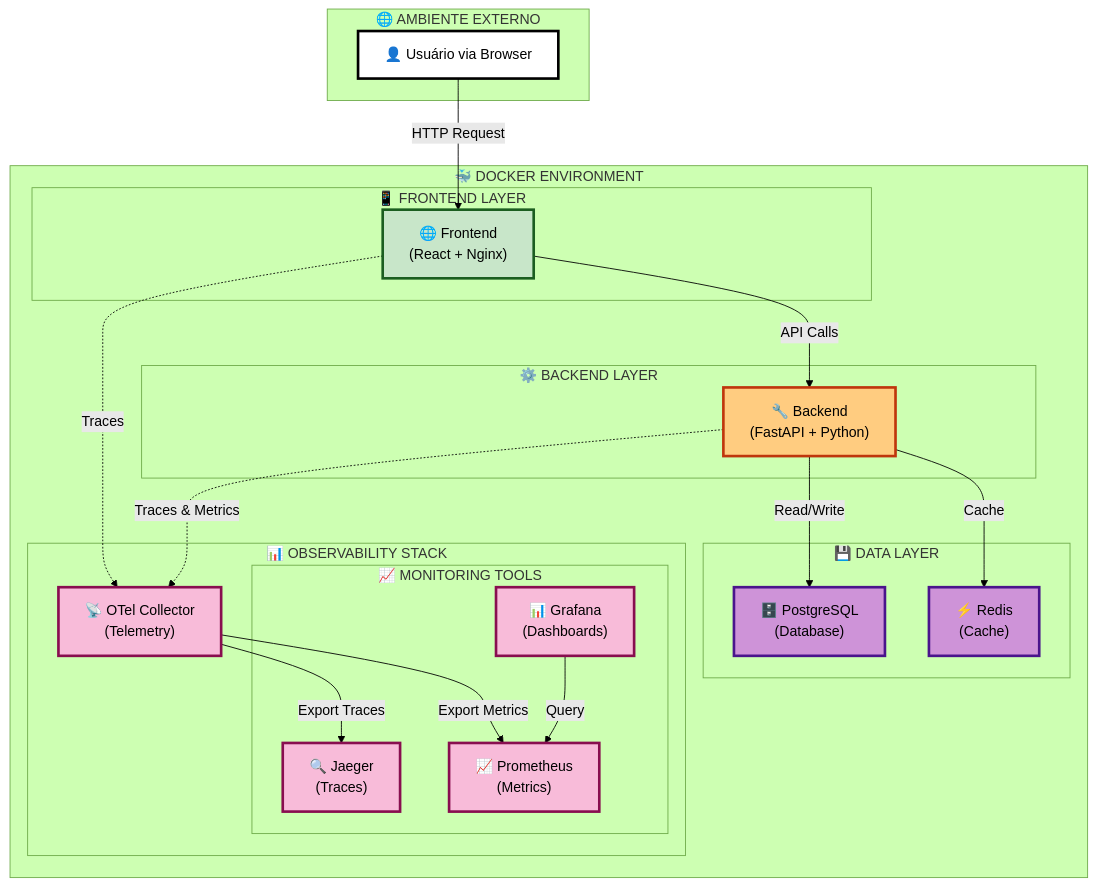
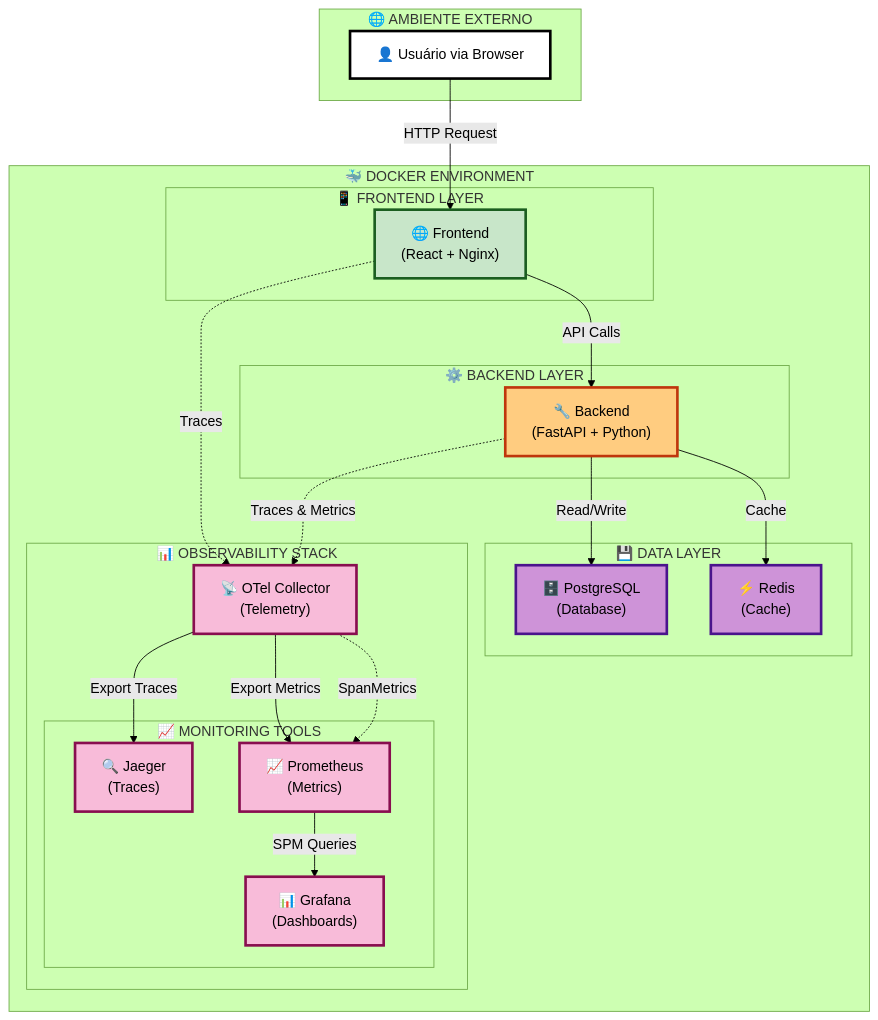
One commit to Tech-Preta/fintelli changed the diagram in README.md. Above: the diagram before and after it, drawn with Mermaid (forest theme). The commit also changed other lines of this file and 11 other files, not shown here.

Commit message:
feat: Implement Service Performance Monitoring (SPM) for Fintelli

````diff
--- a/README.md
+++ b/README.md
@@ -7,59 +7,62 @@
 ```mermaid
 graph TD
     subgraph External["🌐 AMBIENTE EXTERNO"]
         User["👤 Usuário via Browser"]
     end
 
     subgraph Docker["🐳 DOCKER ENVIRONMENT"]
         subgraph FrontendLayer["📱 FRONTEND LAYER"]
             Frontend["🌐 Frontend<br/>(React + Nginx)"]
         end
 
         subgraph BackendLayer["⚙️ BACKEND LAYER"]
             Backend["🔧 Backend<br/>(FastAPI + Python)"]
         end
 
         subgraph DataLayer["💾 DATA LAYER"]
             Postgres["🗄️ PostgreSQL<br/>(Database)"]
             Redis["⚡ Redis<br/>(Cache)"]
         end
 
         subgraph ObsStack["📊 OBSERVABILITY STACK"]
             OTel["📡 OTel Collector<br/>(Telemetry)"]
             
             subgraph Monitoring["📈 MONITORING TOOLS"]
                 Jaeger["🔍 Jaeger<br/>(Traces)"]
                 Grafana["📊 Grafana<br/>(Dashboards)"]
                 Prometheus["📈 Prometheus<br/>(Metrics)"]
             end
         end
     end
 
     %% User Flow
     User -->|HTTP Request| Frontend
     Frontend -->|API Calls| Backend
     
     %% Data Flow
     Backend -->|Read/Write| Postgres
     Backend -->|Cache| Redis
     
     %% Telemetry Flow
     Frontend -.->|Traces| OTel
     Backend -.->|Traces & Metrics| OTel
     OTel -->|Export Traces| Jaeger
     OTel -->|Export Metrics| Prometheus
-    Grafana -->|Query| Prometheus
+    
+    %% SPM Flow (Service Performance Monitoring)
+    OTel -.->|SpanMetrics| Prometheus
+    Prometheus -->|SPM Queries| Grafana
 
     %% High Contrast Styles
     classDef userStyle fill:#ffffff,stroke:#000000,stroke-width:3px,color:#000000
     classDef frontendStyle fill:#c8e6c9,stroke:#1b5e20,stroke-width:3px,color:#000000
     classDef backendStyle fill:#ffcc80,stroke:#bf360c,stroke-width:3px,color:#000000
     classDef dataStyle fill:#ce93d8,stroke:#4a148c,stroke-width:3px,color:#000000
     classDef obsStyle fill:#f8bbd9,stroke:#880e4f,stroke-width:3px,color:#000000
     
     class User userStyle
     class Frontend frontendStyle
     class Backend backendStyle
     class Postgres,Redis dataStyle
     class OTel,Jaeger,Grafana,Prometheus obsStyle
 ```
````
